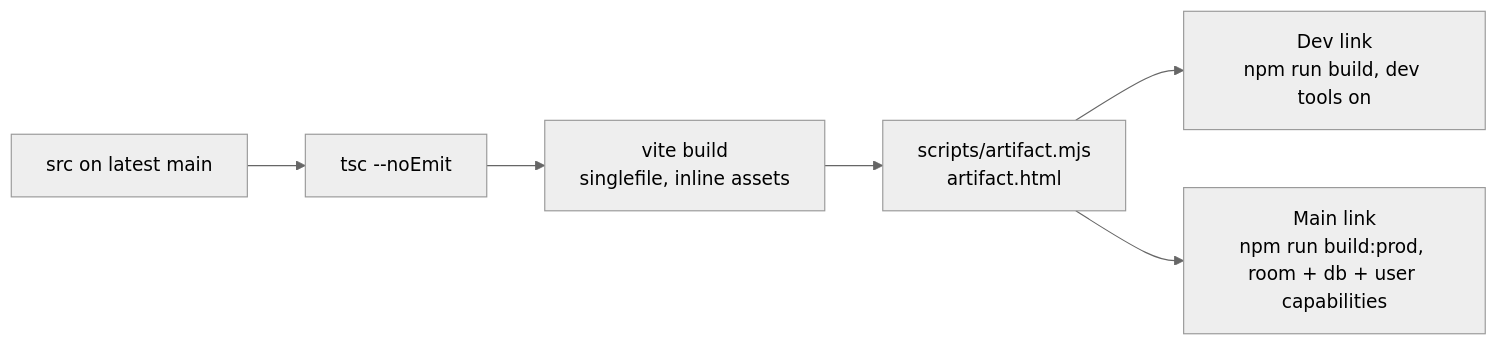
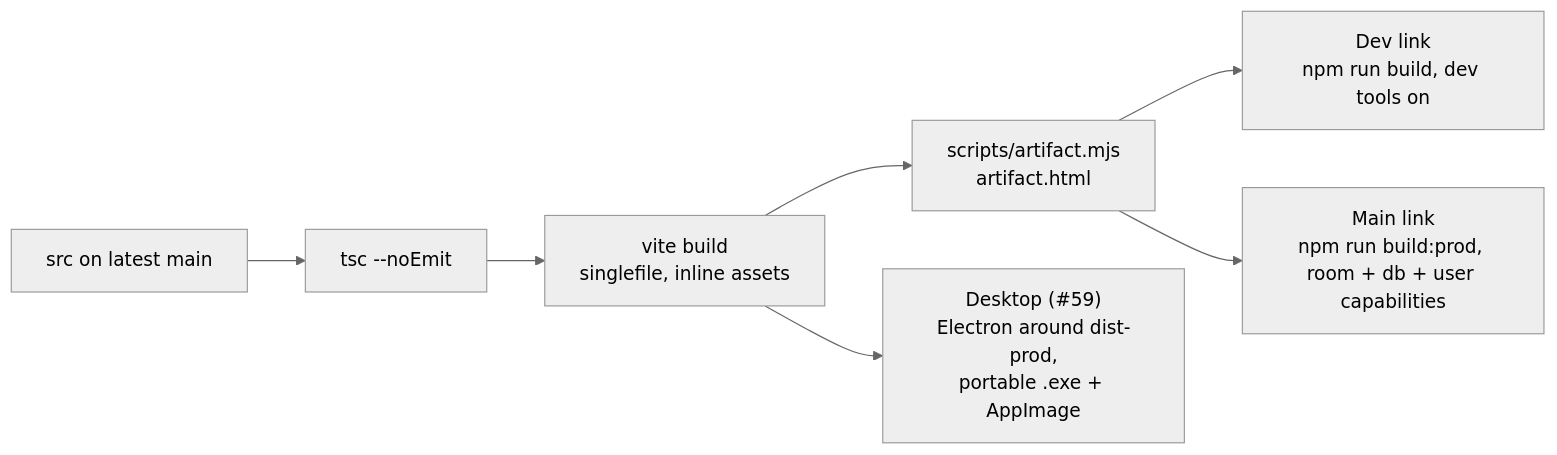
One commit to WesleyT4N/spell-vs-steel changed diagram 17 of 18 in docs/ARCHITECTURE.md. Above: the diagram before and after it, drawn with Mermaid (neutral theme). The commit also changed other lines of this file, not shown here.

First line of the commit message:
Architecture doc: battle events, sampled music, hit feel, desktop build, HP retune, golden check

````diff
--- a/docs/ARCHITECTURE.md
+++ b/docs/ARCHITECTURE.md
@@ -389,6 +398,7 @@
 ```mermaid
 flowchart LR
   src[src on latest main] --> tsc[tsc --noEmit] --> vite["vite build<br/>singlefile, inline assets"] --> page["scripts/artifact.mjs<br/>artifact.html"]
   page --> dev["Dev link<br/>npm run build, dev tools on"]
   page --> prod["Main link<br/>npm run build:prod, room + db + user capabilities"]
+  vite --> desk["Desktop (#59)<br/>Electron around dist-prod,<br/>portable .exe + AppImage"]
 ```
````
